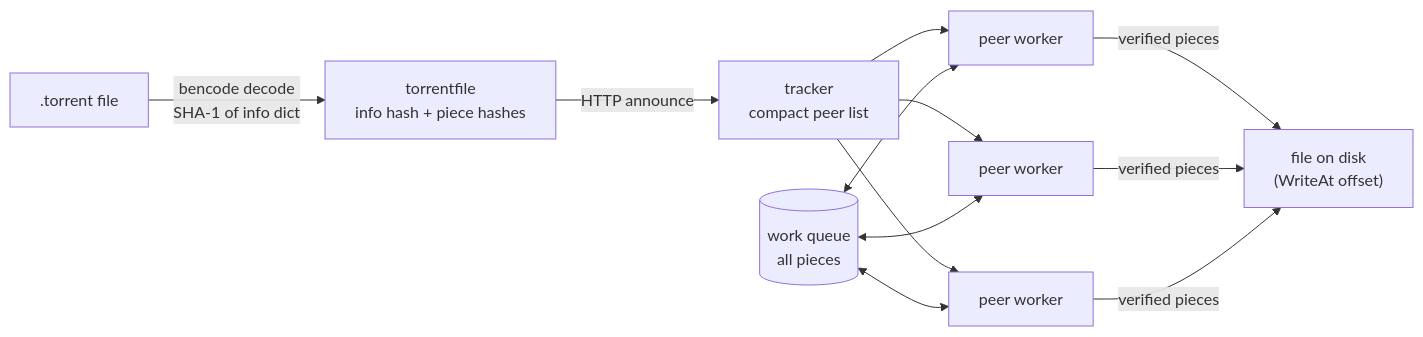
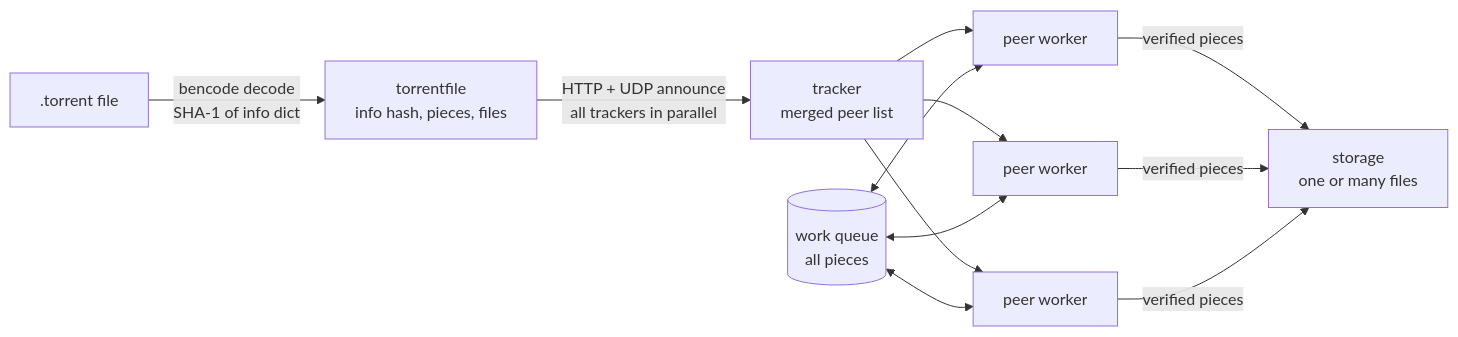
The diagram in README.md (AMINA-ELHASNAOUY/mini-bittorrent), drawn with Mermaid before and after one commit. The commit also changed other lines of this file, not shown here.

Commit message:
README: document UDP trackers, multi-file, resume and updated roadmap

````diff
--- a/README.md
+++ b/README.md
@@ -49,10 +53,10 @@
 ```mermaid
 flowchart LR
-    T[".torrent file"] -->|bencode decode<br/>SHA-1 of info dict| P["torrentfile<br/>info hash + piece hashes"]
-    P -->|HTTP announce| TR["tracker<br/>compact peer list"]
+    T[".torrent file"] -->|bencode decode<br/>SHA-1 of info dict| P["torrentfile<br/>info hash, pieces, files"]
+    P -->|HTTP + UDP announce<br/>all trackers in parallel| TR["tracker<br/>merged peer list"]
     TR --> W1["peer worker"]
     TR --> W2["peer worker"]
     TR --> W3["peer worker"]
     Q[("work queue<br/>all pieces")] <--> W1 & W2 & W3
-    W1 & W2 & W3 -->|verified pieces| F["file on disk<br/>(WriteAt offset)"]
+    W1 & W2 & W3 -->|verified pieces| F["storage<br/>one or many files"]
 ```
````
